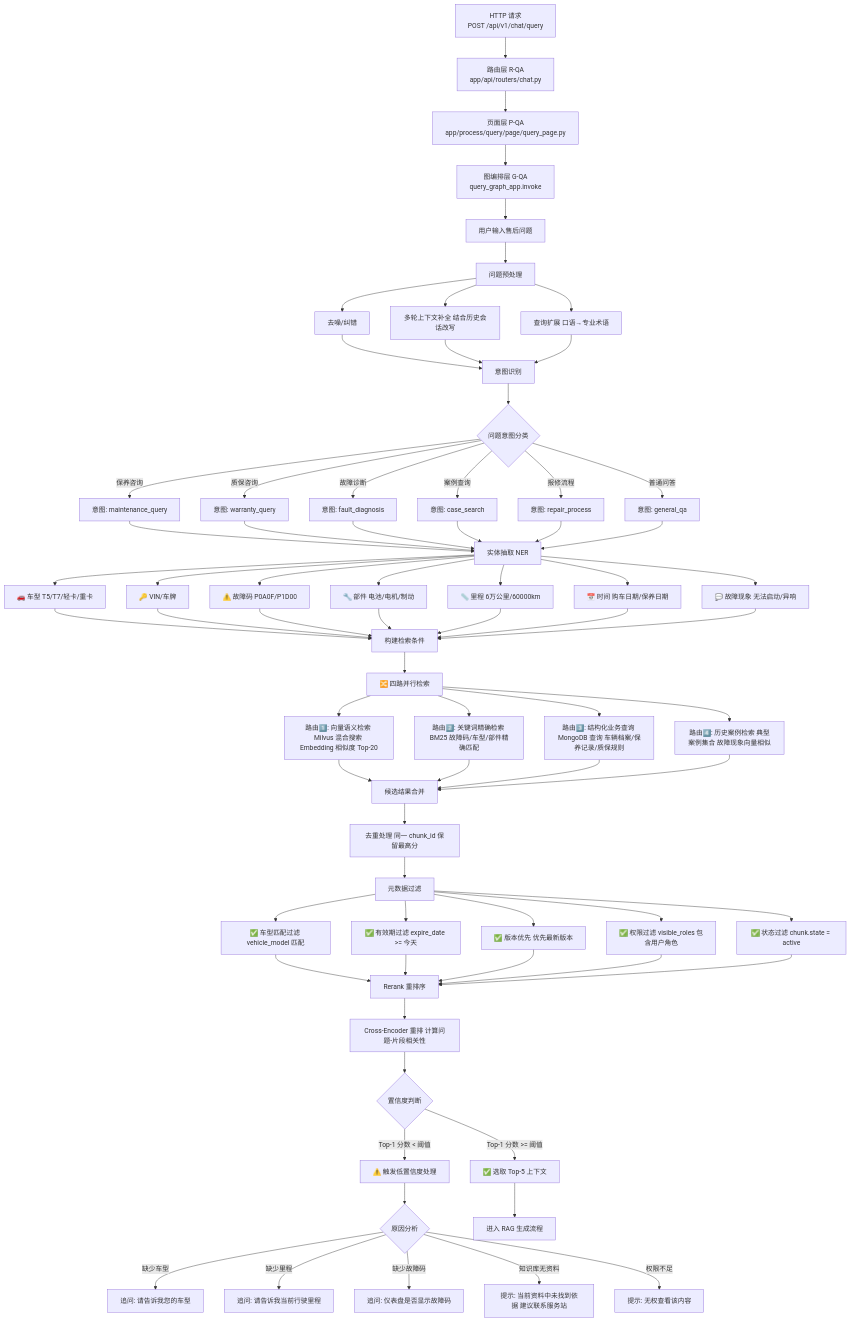
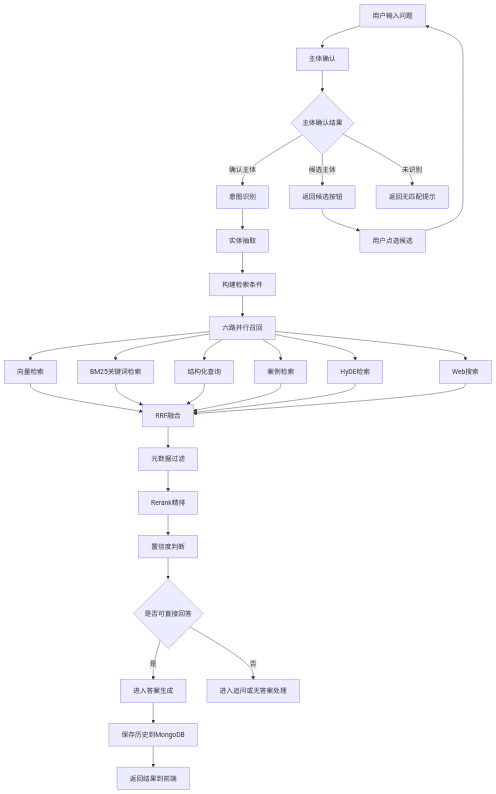
One commit to evanwusibin/auto-carcrm changed the first of 2 diagrams in flows/02_RAG检索流程/01_多路混合检索流程.md. Above: the diagram before and after it, drawn with Mermaid. The commit also changed other lines of this file and 229 other files, not shown here.

````diff
--- a/flows/02_RAG检索流程/01_多路混合检索流程.md
+++ b/flows/02_RAG检索流程/01_多路混合检索流程.md
@@ -11,90 +11,37 @@
 ```mermaid
 flowchart TD
-    %% ====== 三层调用链（外 → 内）======
-    HTTP[HTTP 请求<br/>POST /api/v1/chat/query] --> R-QA[路由层 R-QA<br/>app/api/routers/chat.py]
-    R-QA --> P-QA[页面层 P-QA<br/>app/process/query/page/query_page.py]
-    P-QA --> G-QA[图编排层 G-QA<br/>query_graph_app.invoke]
-    G-QA --> A[用户输入售后问题]
-    A --> B[问题预处理]
+    A[用户输入问题] --> B[主体确认]
+    B --> B1{主体确认结果}
+    B1 -- 确认主体 --> C[意图识别]
+    B1 -- 候选主体 --> Z[返回候选按钮]
+    B1 -- 未识别 --> Y[返回无匹配提示]
+    Z --> X[用户点选候选]
+    X --> A
 
-    B --> B1[去噪/纠错]
-    B --> B2[多轮上下文补全 结合历史会话改写]
-    B --> B3[查询扩展 口语→专业术语]
+    C --> D[实体抽取]
+    D --> E[构建检索条件]
 
-    B1 --> C[意图识别]
-    B2 --> C
-    B3 --> C
+    E --> F[六路并行召回]
+    F --> F1[向量检索]
+    F --> F2[BM25关键词检索]
+    F --> F3[结构化查询]
+    F --> F4[案例检索]
+    F --> F5[HyDE检索]
+    F --> F6[Web搜索]
 
-    C --> C1{问题意图分类}
-    C1 -- 保养咨询 --> CA[意图: maintenance_query]
-    C1 -- 质保咨询 --> CB[意图: warranty_query]
-    C1 -- 故障诊断 --> CC[意图: fault_diagnosis]
-    C1 -- 案例查询 --> CD[意图: case_search]
-    C1 -- 报修流程 --> CE[意图: repair_process]
-    C1 -- 普通问答 --> CF[意图: general_qa]
-
-    CA --> D[实体抽取 NER]
-    CB --> D
-    CC --> D
-    CD --> D
-    CE --> D
-    CF --> D
-
-    D --> D1[🚗 车型 T5/T7/轻卡/重卡]
-    D --> D2[🔑 VIN/车牌]
-    D --> D3[⚠️ 故障码 P0A0F/P1D00]
-    D --> D4[🔧 部件 电池/电机/制动]
-    D --> D5[📏 里程 6万公里/60000km]
-    D --> D6[📅 时间 购车日期/保养日期]
-    D --> D7[💬 故障现象 无法启动/异响]
-
-    D1 --> E[构建检索条件]
-    D2 --> E
-    D3 --> E
-    D4 --> E
-    D5 --> E
-    D6 --> E
-    D7 --> E
-
-    E --> F[🔀 四路并行检索]
-
-    F --> F1[路由1️⃣: 向量语义检索 Milvus 混合搜索 Embedding 相似度 Top-20]
-    F --> F2[路由2️⃣: 关键词精确检索 BM25 故障码/车型/部件精确匹配]
-    F --> F3[路由3️⃣: 结构化业务查询 MongoDB 查询 车辆档案/保养记录/质保规则]
-    F --> F4[路由4️⃣: 历史案例检索 典型案例集合 故障现象向量相似]
-
-    F1 --> G[候选结果合并]
+    F1 --> G[RRF融合]
     F2 --> G
     F3 --> G
     F4 --> G
+    F5 --> G
+    F6 --> G
 
-    G --> H[去重处理 同一 chunk_id 保留最高分]
-
-    H --> I[元数据过滤]
-    I --> I1[✅ 车型匹配过滤 vehicle_model 匹配]
-    I --> I2[✅ 有效期过滤 expire_date >= 今天]
-    I --> I3[✅ 版本优先 优先最新版本]
-    I --> I4[✅ 权限过滤 visible_roles 包含用户角色]
-    I --> I5[✅ 状态过滤 chunk.state = active]
-
-    I1 --> J[Rerank 重排序]
-    I2 --> J
-    I3 --> J
-    I4 --> J
-    I5 --> J
-
-    J --> K[Cross-Encoder 重排 计算问题-片段相关性]
-
-    K --> L{置信度判断}
-    L -- Top-1 分数 >= 阈值 --> M[✅ 选取 Top-5 上下文]
-    L -- Top-1 分数 < 阈值 --> N[⚠️ 触发低置信度处理]
-
-    N --> N1{原因分析}
-    N1 -- 缺少车型 --> NA[追问: 请告诉我您的车型]
-    N1 -- 缺少里程 --> NB[追问: 请告诉我当前行驶里程]
-    N1 -- 缺少故障码 --> NC[追问: 仪表盘是否显示故障码]
-    N1 -- 知识库无资料 --> ND[提示: 当前资料中未找到依据 建议联系服务站]
-    N1 -- 权限不足 --> NE[提示: 无权查看该内容]
-
-    M --> O[进入 RAG 生成流程]
+    G --> H[元数据过滤]
+    H --> I[Rerank精排]
+    I --> J[置信度判断]
+    J --> K{是否可直接回答}
+    K -- 是 --> L[进入答案生成]
+    K -- 否 --> M[进入追问或无答案处理]
+    L --> N[保存历史到MongoDB]
+    N --> O[返回结果到前端]
 ```
````
